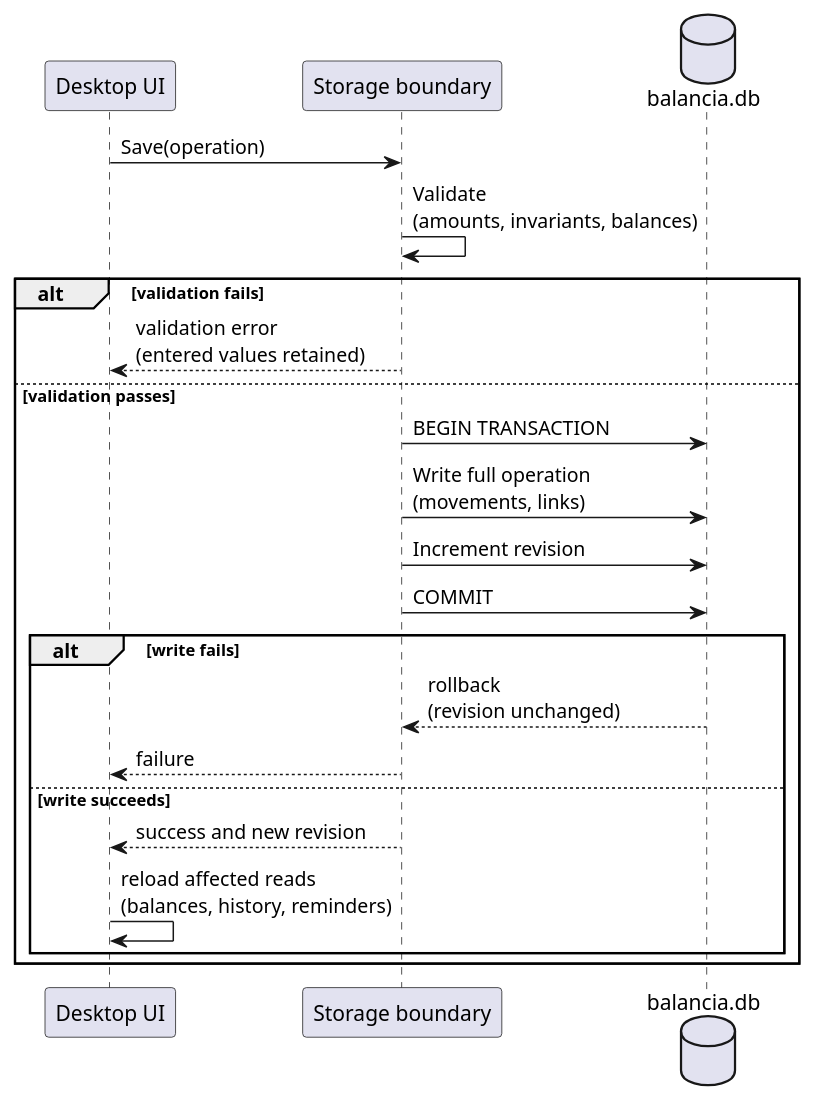
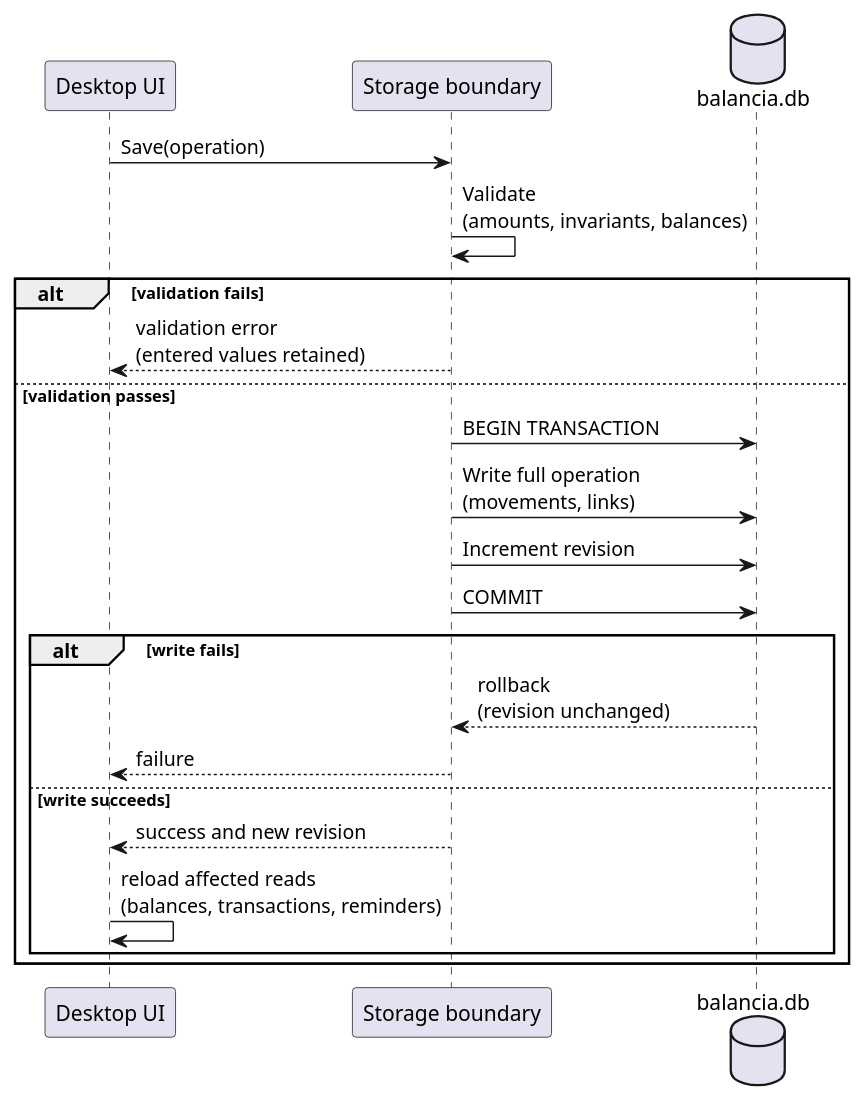
Before and after one commit to Tariatan/Balancia: the third of 5 diagrams in docs/Technical_Design_Description.md, drawn with PlantUML. The commit also changed other lines of this file and 42 other files, not shown here.

````diff
--- a/docs/Technical_Design_Description.md
+++ b/docs/Technical_Design_Description.md
@@ -297,25 +298,25 @@
 ```plantuml
 @startuml
 participant "Desktop UI" as UI
 participant "Storage boundary" as Storage
 database "balancia.db" as Db
 
 UI -> Storage : Save(operation)
 Storage -> Storage : Validate\n(amounts, invariants, balances)
 alt validation fails
   Storage --> UI : validation error\n(entered values retained)
 else validation passes
   Storage -> Db : BEGIN TRANSACTION
   Storage -> Db : Write full operation\n(movements, links)
   Storage -> Db : Increment revision
   Storage -> Db : COMMIT
   alt write fails
     Db --> Storage : rollback\n(revision unchanged)
     Storage --> UI : failure
   else write succeeds
     Storage --> UI : success and new revision
-    UI -> UI : reload affected reads\n(balances, history, reminders)
+    UI -> UI : reload affected reads\n(balances, transactions, reminders)
   end
 end
 @enduml
 ```
````
